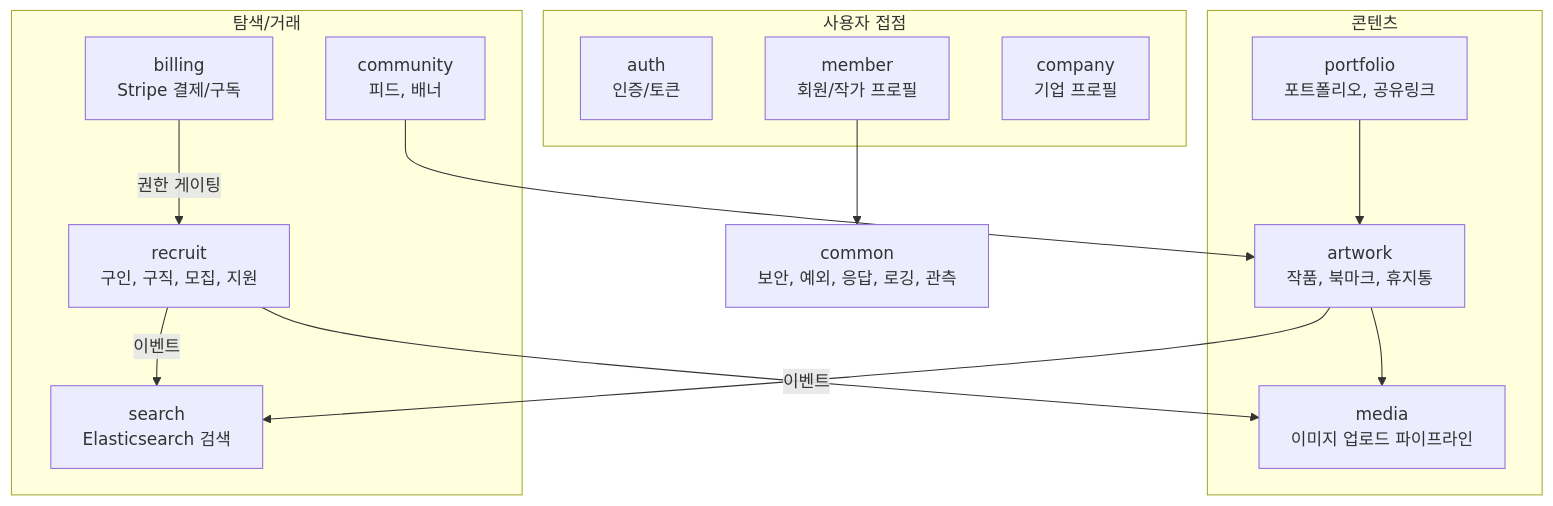
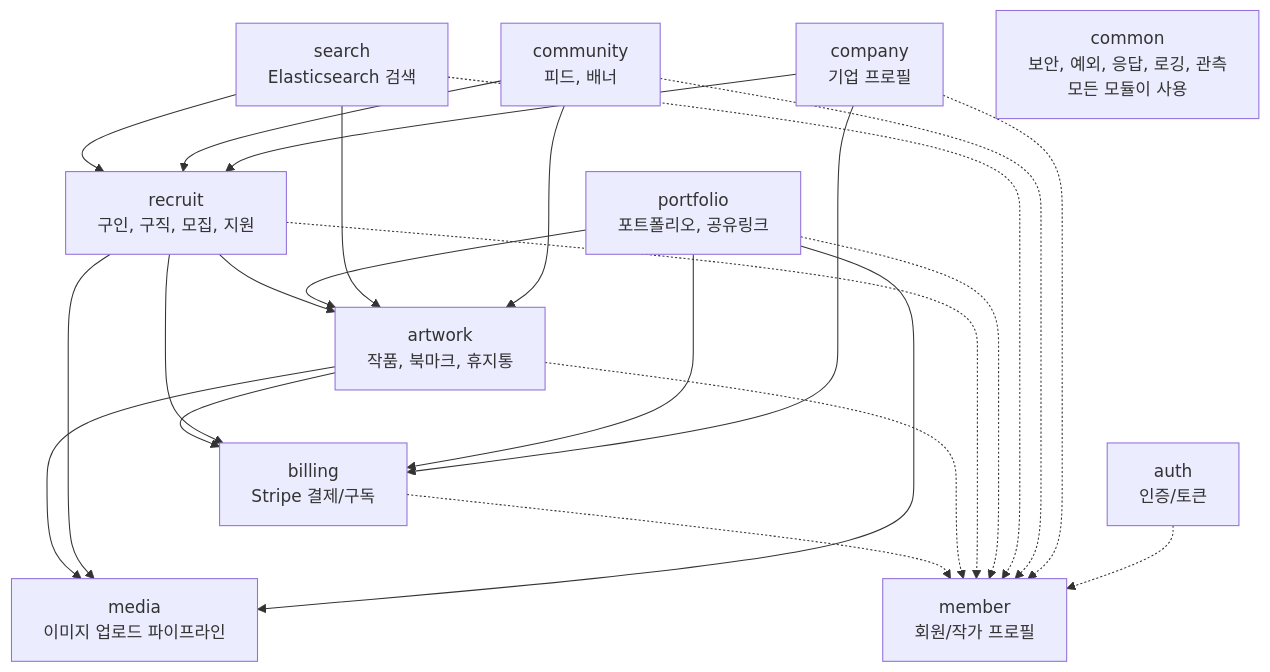
The diagram in docs/assets/modules.mmd (pack-in/at-crew-backend), drawn with Mermaid before and after one commit. The commit also changed 1 other file, not shown here.

Commit message:
docs: 모듈 의존 다이어그램을 Modulith 결과와 맞춘다
modules.mmd는 손으로 그린 뒤 코드와 대조된 적이 없어 실제 의존과 어긋나 있었다.
billing -> recruit는 방향이 반대였고(실제로는 recruit가 billing을 쓴다), 모듈 사이 의존
22개 중 14개가 빠져 있었다. artwork -> search처럼 이벤트가 흐르는 방향으로 그린 선도
섞여 있어 화살표의 뜻이 하나로 정해져 있지 않았다.

ModularStructureTests가 만드는 build/spring-modulith-docs/components.puml을 정본으로
삼아 22개를 전부 옮기고, 화살표는 "A가 B의 공개 API를 호출하거나 이벤트를 구독한다"로
통일했다. 모든 선을 그리면 도메인별 subgraph가 의존 방향과 엇갈려 선이 박스를 가로지르므로
subgraph를 없애고 의존 순서대로 층이 쌓이게 했다. 8개 모듈이 member를 쓰므로 그 선은
점선으로 약하게 두고, 모든 모듈이 쓰는 common은 선 대신 라벨로 표시한다.

```diff
--- a/docs/assets/modules.mmd
+++ b/docs/assets/modules.mmd
@@ -1,27 +1,42 @@
+%% 화살표는 의존 방향(A --> B: A가 B의 공개 API를 호출하거나 B의 이벤트를 구독)이다.
+%% 정본은 ModularStructureTests가 만드는 build/spring-modulith-docs/components.puml이다.
+%% 모듈을 추가하거나 의존이 바뀌면 그 파일의 Rel 목록과 대조해 고친다.
+%% member로 가는 의존은 거의 모든 모듈에 있어 점선(-.->)으로 약하게 그린다.
 graph TD
-  subgraph entry["사용자 접점"]
-    auth[auth<br/>인증/토큰]
-    member[member<br/>회원/작가 프로필]
-    company[company<br/>기업 프로필]
-  end
-  subgraph content["콘텐츠"]
-    artwork[artwork<br/>작품, 북마크, 휴지통]
-    portfolio[portfolio<br/>포트폴리오, 공유링크]
-    media[media<br/>이미지 업로드 파이프라인]
-  end
-  subgraph discovery["탐색/거래"]
-    community[community<br/>피드, 배너]
-    search[search<br/>Elasticsearch 검색]
-    recruit[recruit<br/>구인, 구직, 모집, 지원]
-    billing[billing<br/>Stripe 결제/구독]
-  end
-  common[common<br/>보안, 예외, 응답, 로깅, 관측]
+  auth[auth<br/>인증/토큰]
+  company[company<br/>기업 프로필]
+  community[community<br/>피드, 배너]
+  search[search<br/>Elasticsearch 검색]
+  portfolio[portfolio<br/>포트폴리오, 공유링크]
+  recruit[recruit<br/>구인, 구직, 모집, 지원]
+  artwork[artwork<br/>작품, 북마크, 휴지통]
+  billing[billing<br/>Stripe 결제/구독]
+  media[media<br/>이미지 업로드 파이프라인]
+  member[member<br/>회원/작가 프로필]
+  common[common<br/>보안, 예외, 응답, 로깅, 관측<br/>모든 모듈이 사용]
 
-  artwork -->|이벤트| search
+  company --> recruit
+  company --> billing
+  community --> recruit
+  community --> artwork
+  search --> recruit
+  search --> artwork
+  portfolio --> artwork
+  portfolio --> media
+  portfolio --> billing
+  recruit --> artwork
+  recruit --> media
+  recruit --> billing
   artwork --> media
-  recruit --> media
-  recruit -->|이벤트| search
-  portfolio --> artwork
-  community --> artwork
-  billing -->|권한 게이팅| recruit
-  member --> common
+  artwork --> billing
+  %% media를 billing 아래 층에 둬 두 모듈 사이에서 선이 교차하지 않게 한다(보이지 않는 선).
+  billing ~~~ media
+
+  auth -.-> member
+  company -.-> member
+  community -.-> member
+  search -.-> member
+  portfolio -.-> member
+  recruit -.-> member
+  artwork -.-> member
+  billing -.-> member
```
